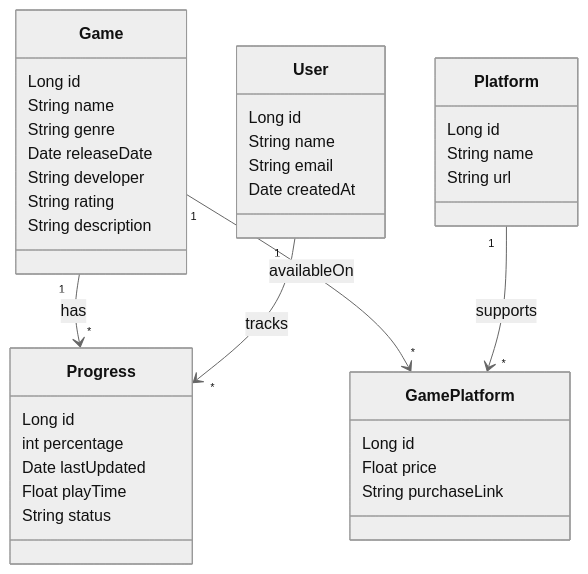
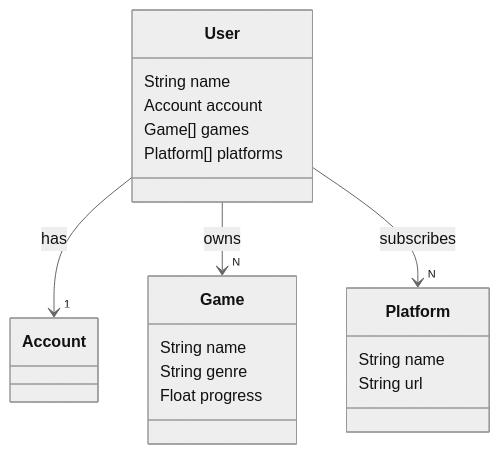
One commit to GuiBaeta/Projetos changed the diagram in Dio/ListaDeJogos/README.md. Above: the diagram before and after it, drawn with Mermaid (neutral theme).

````diff
--- a/Dio/ListaDeJogos/README.md
+++ b/Dio/ListaDeJogos/README.md
@@ -3,44 +3,24 @@
 ```mermaid
 classDiagram
+    class User {
+        String name
+        Account account
+        Game[] games
+        Platform[] platforms
+    }
+
     class Game {
-        Long id
         String name
         String genre
-        Date releaseDate
-        String developer
-        String rating
-        String description
+        Float progress
     }
 
     class Platform {
-        Long id
         String name
         String url
     }
 
-    class Progress {
-        Long id
-        int percentage
-        Date lastUpdated
-        Float playTime
-        String status
-    }
-
-    class User {
-        Long id
-        String name
-        String email
-        Date createdAt
-    }
-
-    class GamePlatform {
-        Long id
-        Float price
-        String purchaseLink
-    }
-
-    Game "1" --> "*" Progress : has
-    Game "1" --> "*" GamePlatform : availableOn
-    Platform "1" --> "*" GamePlatform : supports
-    User "1" --> "*" Progress : tracks
+    User --> "1" Account : has
+    User --> "N" Game : owns
+    User --> "N" Platform : subscribes
 ```
````
